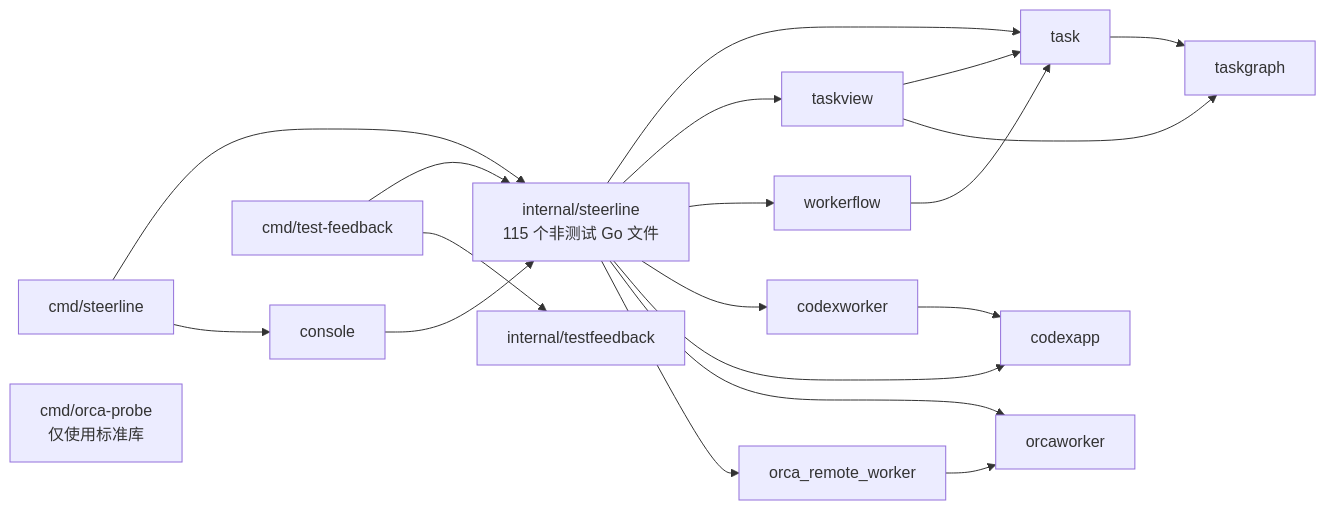
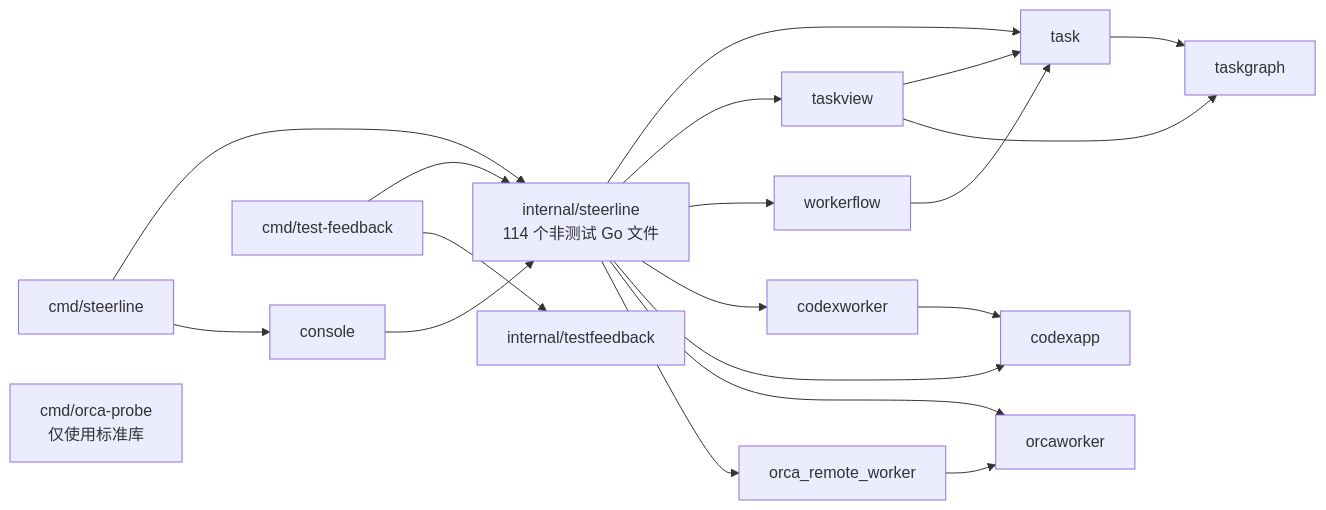
The second of 7 diagrams in docs/architecture/current-code-architecture.md (erranliu/SteerLine), drawn with Mermaid before and after one commit. The commit also changed other lines of this file and 36 other files, not shown here.

````diff
--- a/docs/architecture/current-code-architecture.md
+++ b/docs/architecture/current-code-architecture.md
@@ -71,24 +71,24 @@
 ```mermaid
 flowchart LR
-    CLI["cmd/steerline"] --> Core["internal/steerline<br/>115 个非测试 Go 文件"]
+    CLI["cmd/steerline"] --> Core["internal/steerline<br/>114 个非测试 Go 文件"]
     CLI --> Console["console"]
     Console --> Core
 
     Core --> Task["task"]
     Core --> TaskView["taskview"]
     Core --> Flow["workerflow"]
     Core --> CW["codexworker"]
     Core --> CA["codexapp"]
     Core --> OW["orcaworker"]
     Core --> RW["orca_remote_worker"]
     RW --> OW
     Task --> Graph["taskgraph"]
     TaskView --> Task
     TaskView --> Graph
     Flow --> Task
     CW --> CA
 
     Feedback["cmd/test-feedback"] --> Core
     Feedback --> Summary["internal/testfeedback"]
     Probe["cmd/orca-probe<br/>仅使用标准库"]
 ```
````
